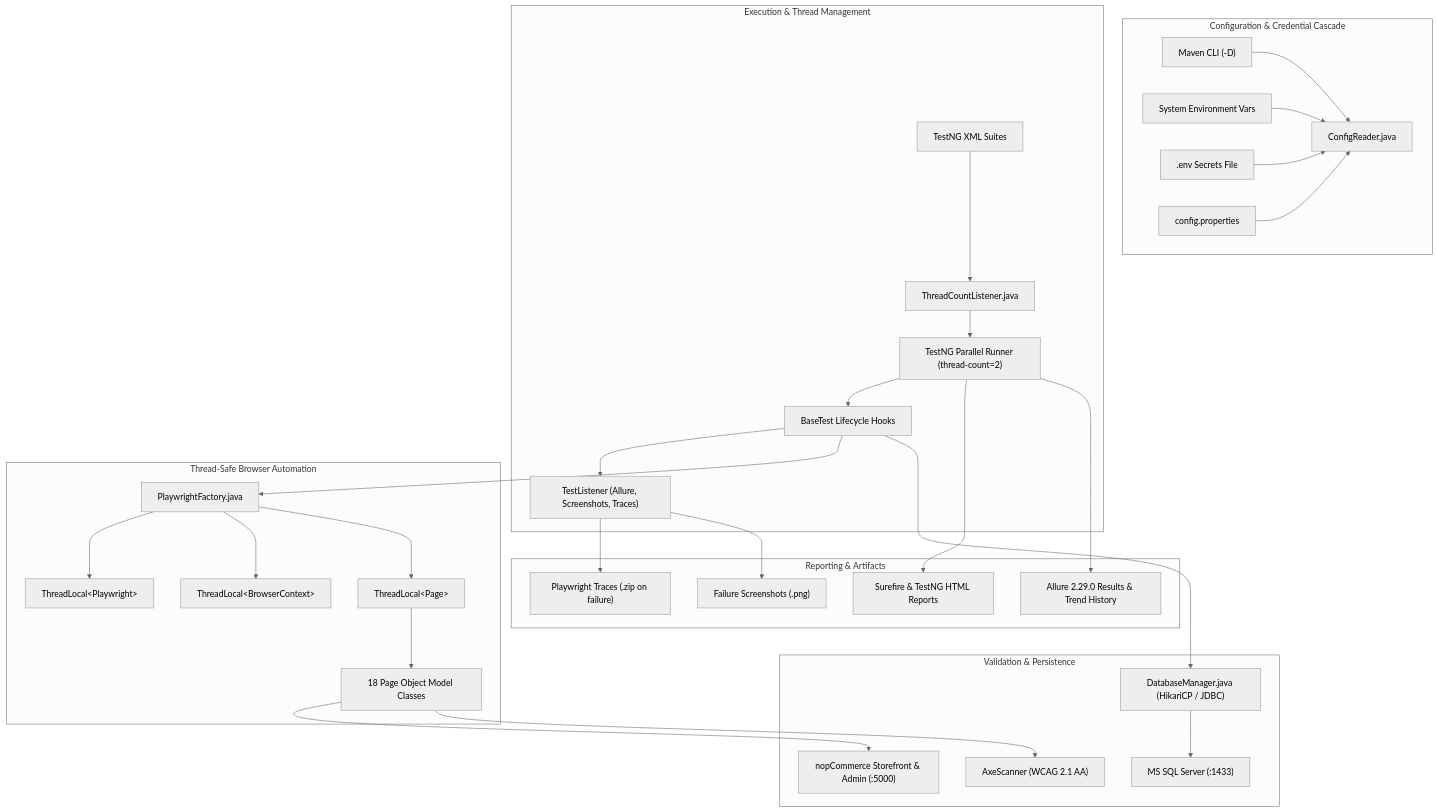
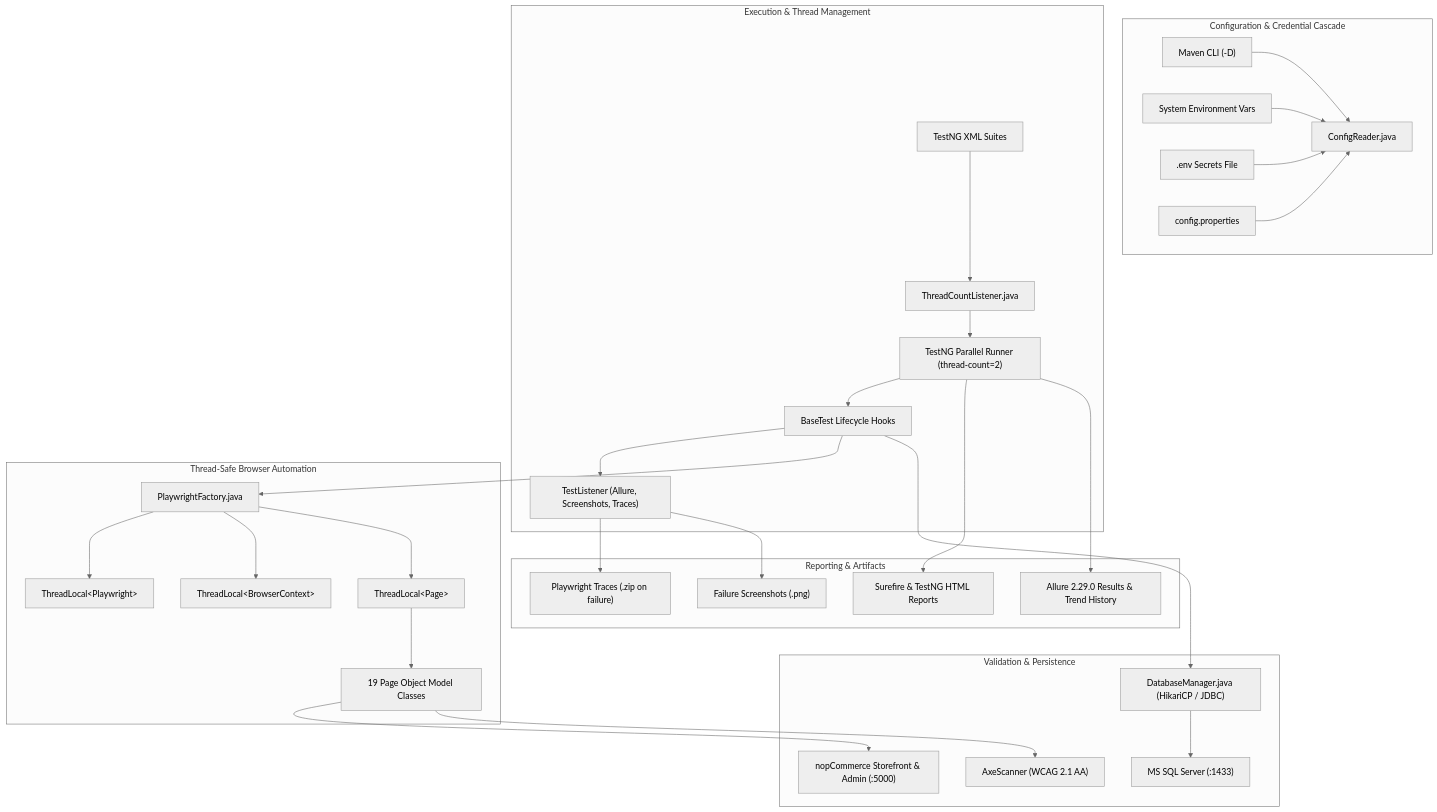
One commit to deependrasinghhhh/nop_commerce_E2E_Automation changed the first of 2 diagrams in README.md. Above: the diagram before and after it, drawn with Mermaid (neutral theme). The commit also changed other lines of this file and 85 other files, not shown here.

````diff
--- a/README.md
+++ b/README.md
@@ -46,38 +46,38 @@
 ```mermaid
 flowchart TD
     subgraph Config_Layer ["Configuration & Credential Cascade"]
         CLI["Maven CLI (-D)"] --> CFG["ConfigReader.java"]
         ENV["System Environment Vars"] --> CFG
         DOTENV[".env Secrets File"] --> CFG
         PROPS["config.properties"] --> CFG
     end
 
     subgraph Concurrency_Engine ["Execution & Thread Management"]
         XML["TestNG XML Suites"] --> TLIST["ThreadCountListener.java"]
         TLIST --> RUNNER["TestNG Parallel Runner (thread-count=2)"]
         RUNNER --> BASE["BaseTest Lifecycle Hooks"]
         BASE --> TST_LIST["TestListener (Allure, Screenshots, Traces)"]
     end
 
     subgraph Playwright_Factory ["Thread-Safe Browser Automation"]
         BASE --> PF["PlaywrightFactory.java"]
         PF --> TL_PW["ThreadLocal&lt;Playwright&gt;"]
         PF --> TL_CTX["ThreadLocal&lt;BrowserContext&gt;"]
         PF --> TL_PAGE["ThreadLocal&lt;Page&gt;"]
-        TL_PAGE --> POM["18 Page Object Model Classes"]
+        TL_PAGE --> POM["19 Page Object Model Classes"]
     end
 
     subgraph Verification_Layer ["Validation & Persistence"]
         POM --> STOREFRONT["nopCommerce Storefront & Admin (:5000)"]
         POM --> AXE["AxeScanner (WCAG 2.1 AA)"]
         BASE --> DBM["DatabaseManager.java (HikariCP / JDBC)"]
         DBM --> MSSQL["MS SQL Server (:1433)"]
     end
 
     subgraph Reporting_Pipeline ["Reporting & Artifacts"]
         TST_LIST --> TRACE["Playwright Traces (.zip on failure)"]
         TST_LIST --> SHOT["Failure Screenshots (.png)"]
         RUNNER --> SUREFIRE["Surefire & TestNG HTML Reports"]
         RUNNER --> ALLURE["Allure 2.29.0 Results & Trend History"]
     end
 ```
````
